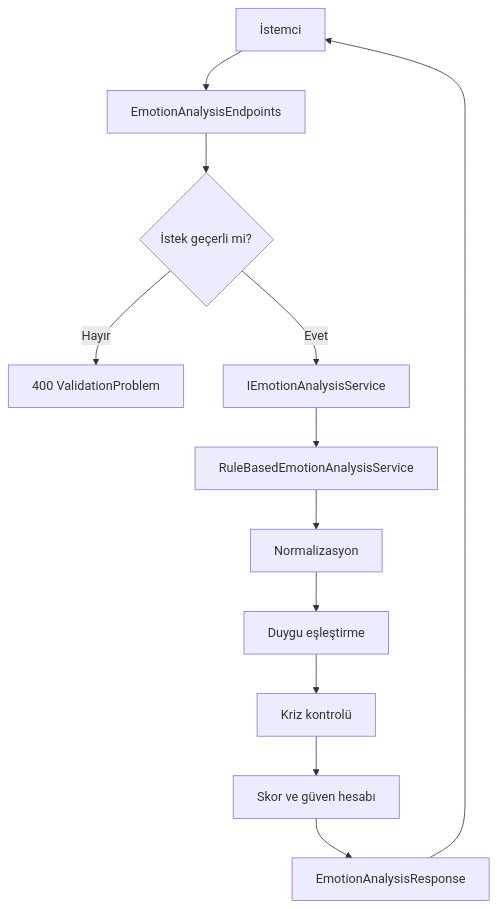
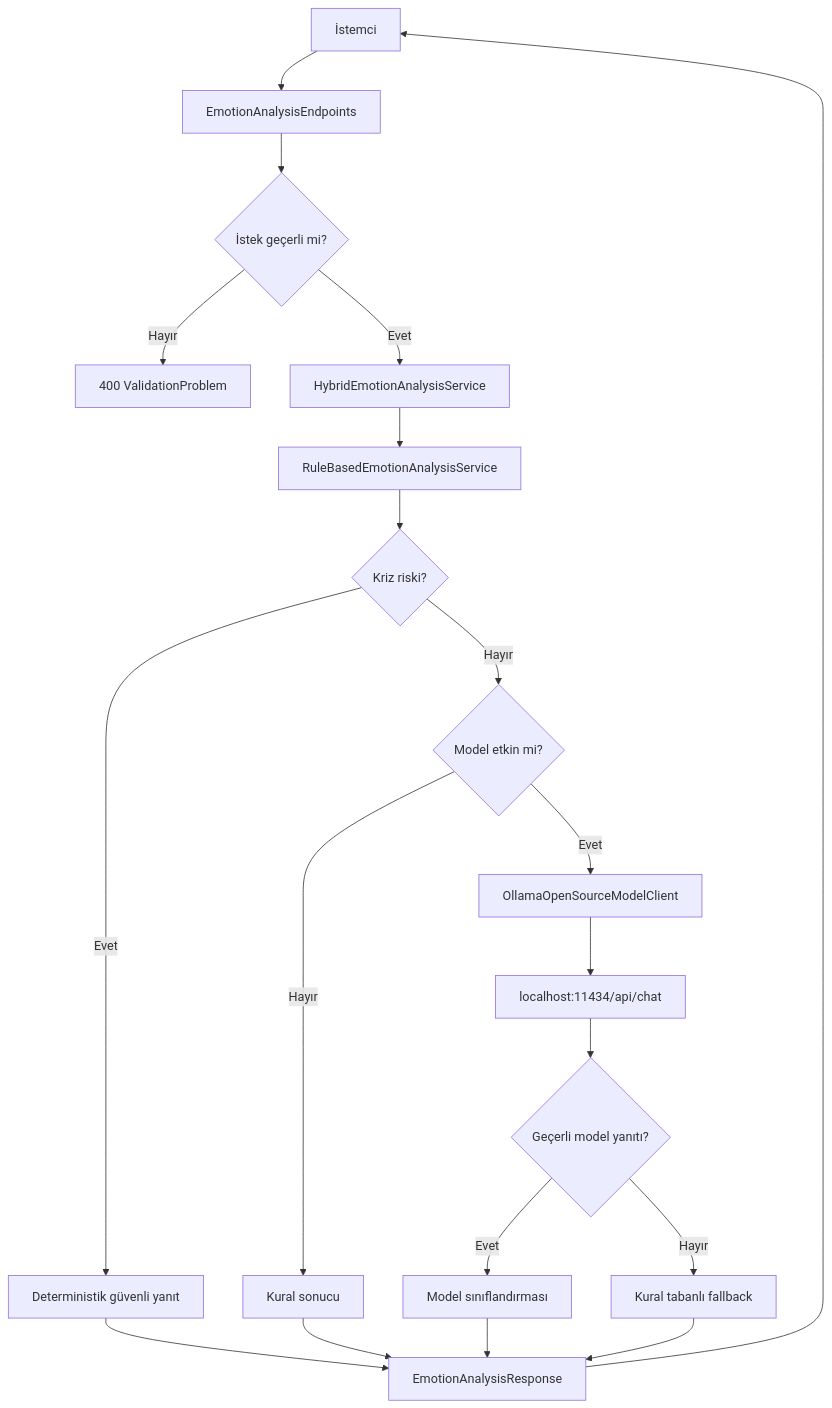
The diagram in docs/technical-report-tr.md (petrofi/darklove-local-ai-module), drawn with Mermaid before and after one commit. The commit also changed other lines of this file and 26 other files, not shown here.

Commit message:
Add local open-source model integration

````diff
--- a/docs/technical-report-tr.md
+++ b/docs/technical-report-tr.md
@@ -108,14 +133,22 @@
 ```mermaid
 flowchart TD
     A["İstemci"] --> B["EmotionAnalysisEndpoints"]
     B --> C{"İstek geçerli mi?"}
     C -- Hayır --> D["400 ValidationProblem"]
-    C -- Evet --> E["IEmotionAnalysisService"]
+    C -- Evet --> E["HybridEmotionAnalysisService"]
     E --> F["RuleBasedEmotionAnalysisService"]
-    F --> G["Normalizasyon"]
-    G --> H["Duygu eşleştirme"]
-    H --> I["Kriz kontrolü"]
-    I --> J["Skor ve güven hesabı"]
-    J --> K["EmotionAnalysisResponse"]
-    K --> A
+    F --> G{"Kriz riski?"}
+    G -- Evet --> H["Deterministik güvenli yanıt"]
+    G -- Hayır --> I{"Model etkin mi?"}
+    I -- Hayır --> J["Kural sonucu"]
+    I -- Evet --> K["OllamaOpenSourceModelClient"]
+    K --> L["localhost:11434/api/chat"]
+    L --> M{"Geçerli model yanıtı?"}
+    M -- Evet --> N["Model sınıflandırması"]
+    M -- Hayır --> O["Kural tabanlı fallback"]
+    H --> P["EmotionAnalysisResponse"]
+    J --> P
+    N --> P
+    O --> P
+    P --> A
 ```
````
